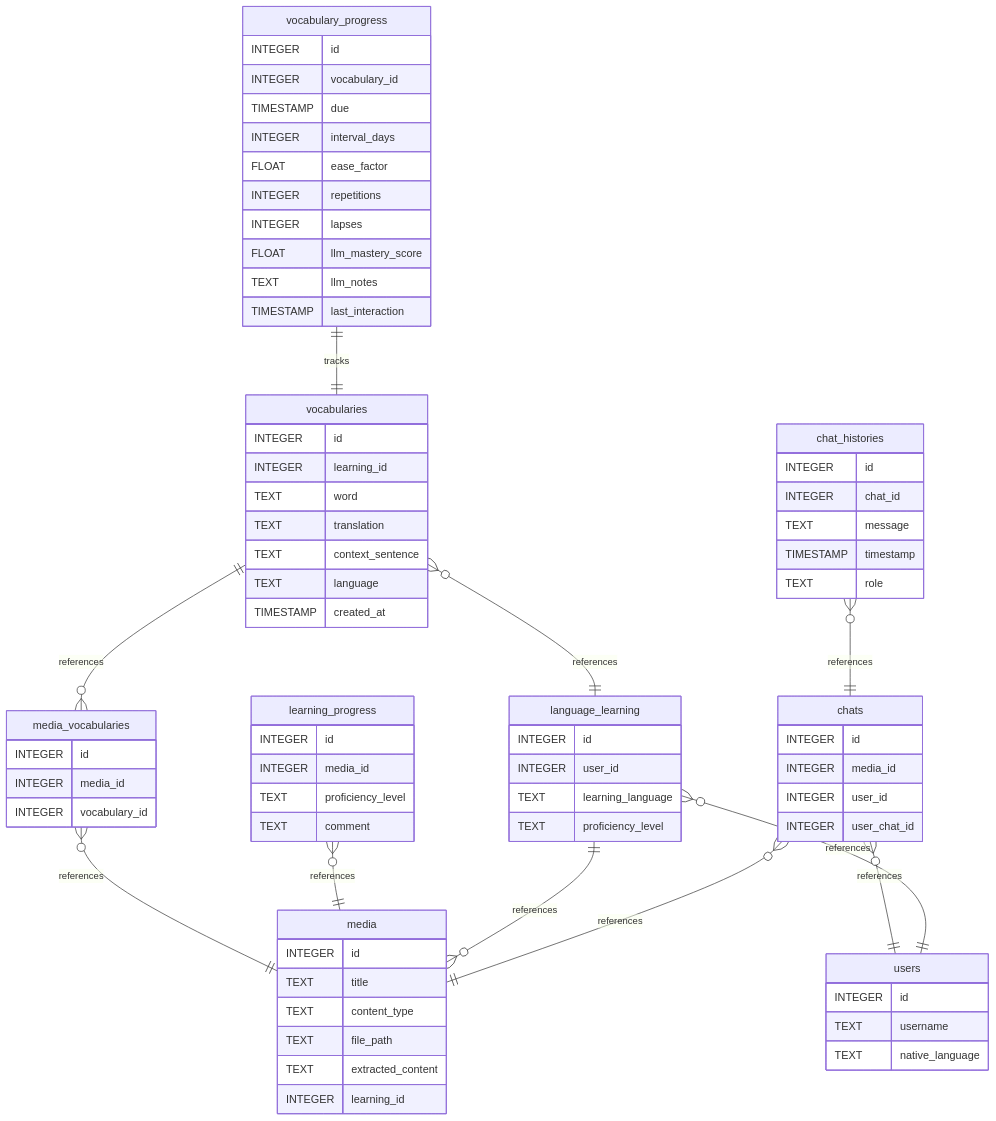
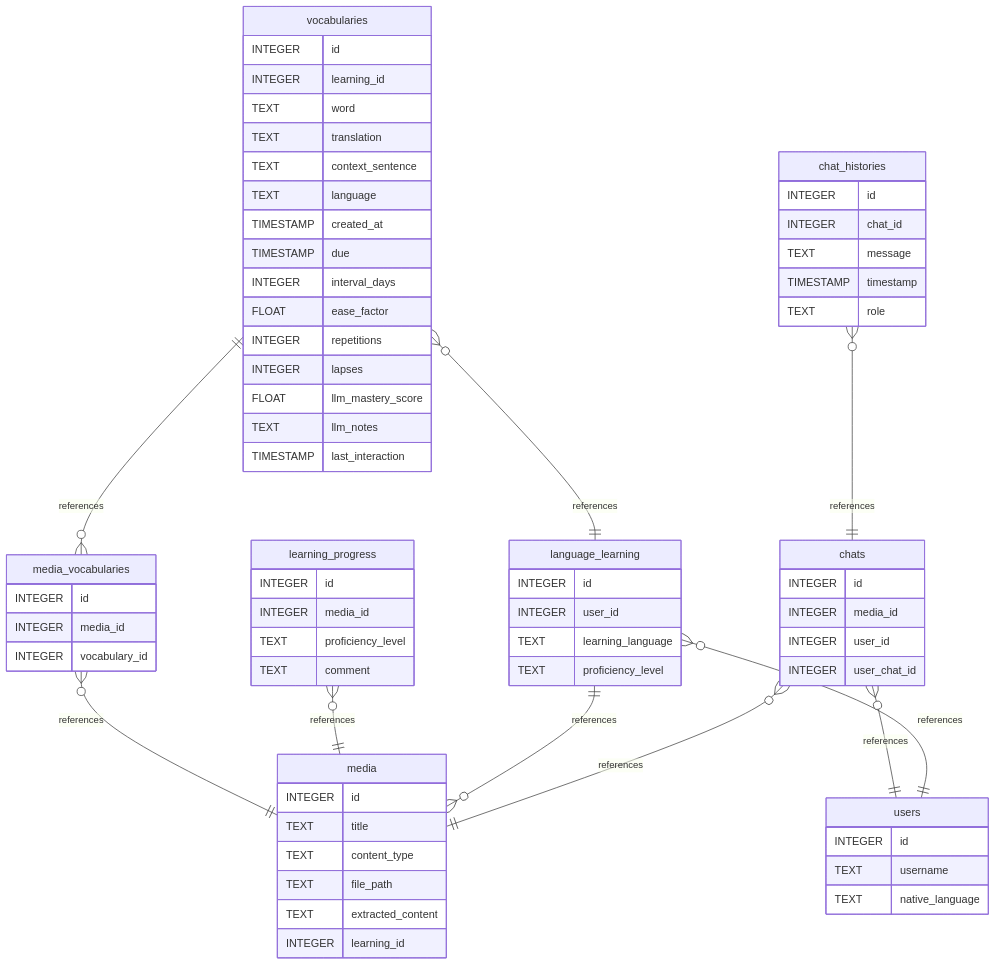
Before and after one commit to BurkhardtJan/Dengwa-AI: the second of 2 diagrams in README.md, drawn with Mermaid. The commit also changed other lines of this file and 4 other files, not shown here.

```diff
--- a/README.md
+++ b/README.md
@@ -152,8 +153,6 @@
     vocabularies }o--|| language_learning : references
     chats }o--|| users : references
 
-    %% Neue Verknüpfung für das SRS/LLM-Tracking
-    vocabulary_progress ||--|| vocabularies : tracks
 
     users {
        INTEGER id
@@ -178,11 +177,7 @@
        TEXT context_sentence
        TEXT language
        TIMESTAMP created_at
-    }
 
-    vocabulary_progress {
-       INTEGER id
-       INTEGER vocabulary_id
        TIMESTAMP due
        INTEGER interval_days
        FLOAT ease_factor
```
